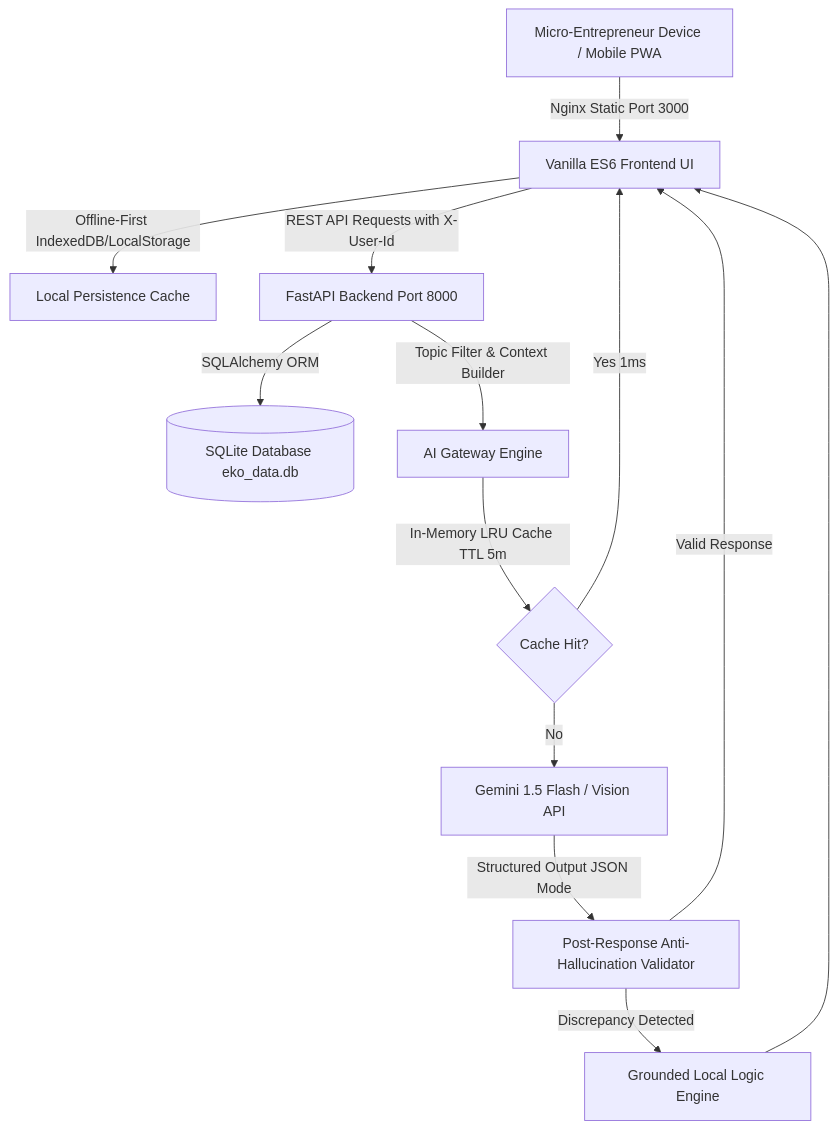
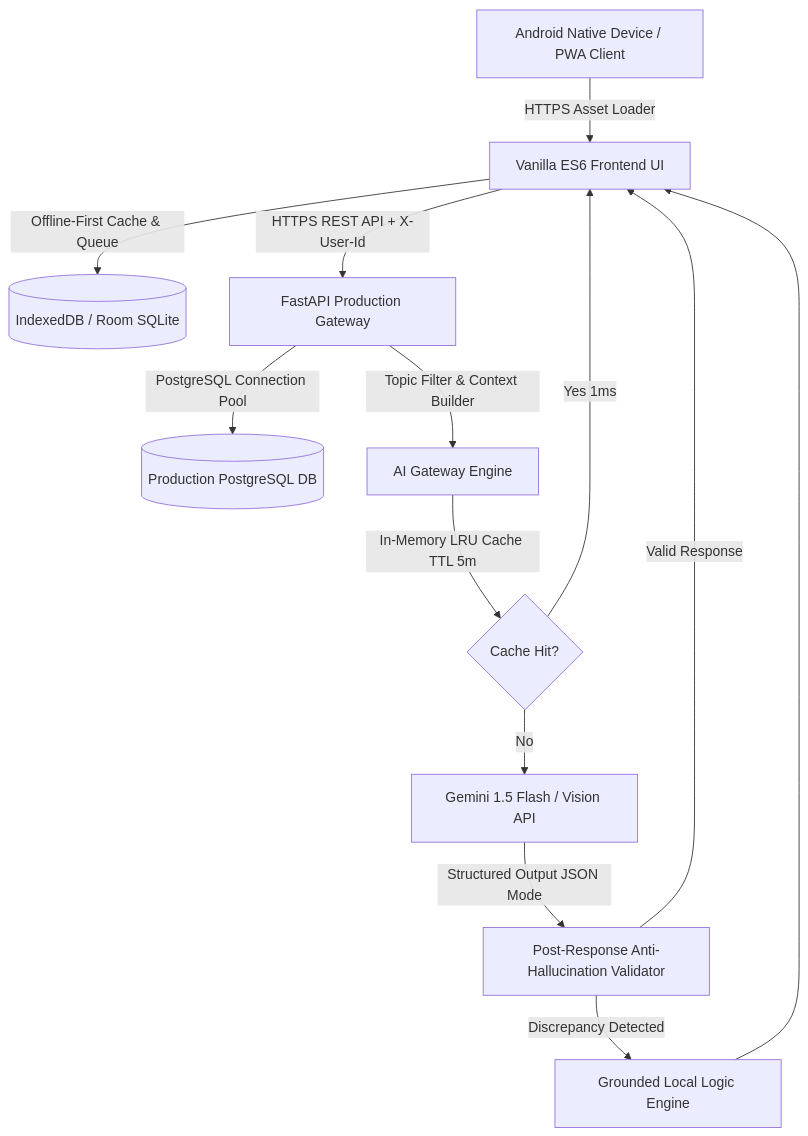
The diagram in README.md (sharma930560-lab/eko-ai-worker), drawn with Mermaid before and after one commit. The commit also changed other lines of this file and 19 other files, not shown here.

Commit message:
feat(prod): production deployment readiness, offline-first IndexedDB, hardened auth, and HTTPS release APK

````diff
--- a/README.md
+++ b/README.md
@@ -52,15 +72,15 @@
 ```mermaid
 graph TD
-    A[Micro-Entrepreneur Device / Mobile PWA] -->|Nginx Static Port 3000| B[Vanilla ES6 Frontend UI]
-    B -->|Offline-First IndexedDB/LocalStorage| C[Local Persistence Cache]
-    B -->|REST API Requests with X-User-Id| D[FastAPI Backend Port 8000]
-    D -->|SQLAlchemy ORM| E[(SQLite Database eko_data.db)]
+    A[Android Native Device / PWA Client] -->|HTTPS Asset Loader| B[Vanilla ES6 Frontend UI]
+    B -->|Offline-First Cache & Queue| C[(IndexedDB / Room SQLite)]
+    B -->|HTTPS REST API + X-User-Id| D[FastAPI Production Gateway]
+    D -->|PostgreSQL Connection Pool| E[(Production PostgreSQL DB)]
     D -->|Topic Filter & Context Builder| F[AI Gateway Engine]
     F -->|In-Memory LRU Cache TTL 5m| G{Cache Hit?}
     G -->|Yes 1ms| B
     G -->|No| H[Gemini 1.5 Flash / Vision API]
     H -->|Structured Output JSON Mode| I[Post-Response Anti-Hallucination Validator]
     I -->|Valid Response| B
     I -->|Discrepancy Detected| J[Grounded Local Logic Engine]
     J --> B
 ```
````
